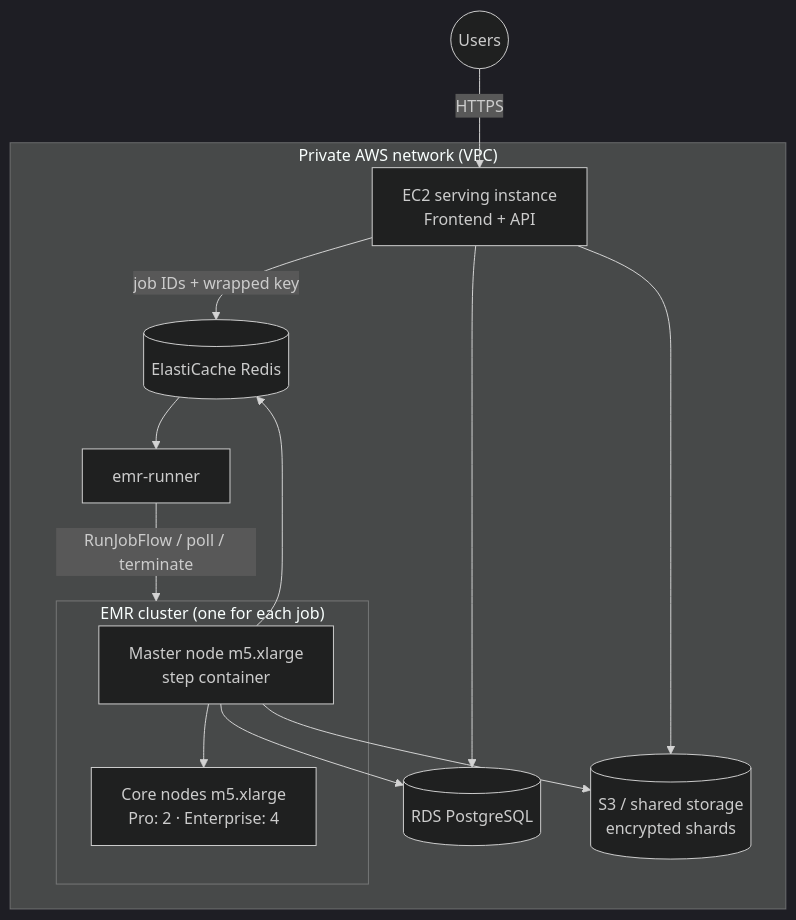
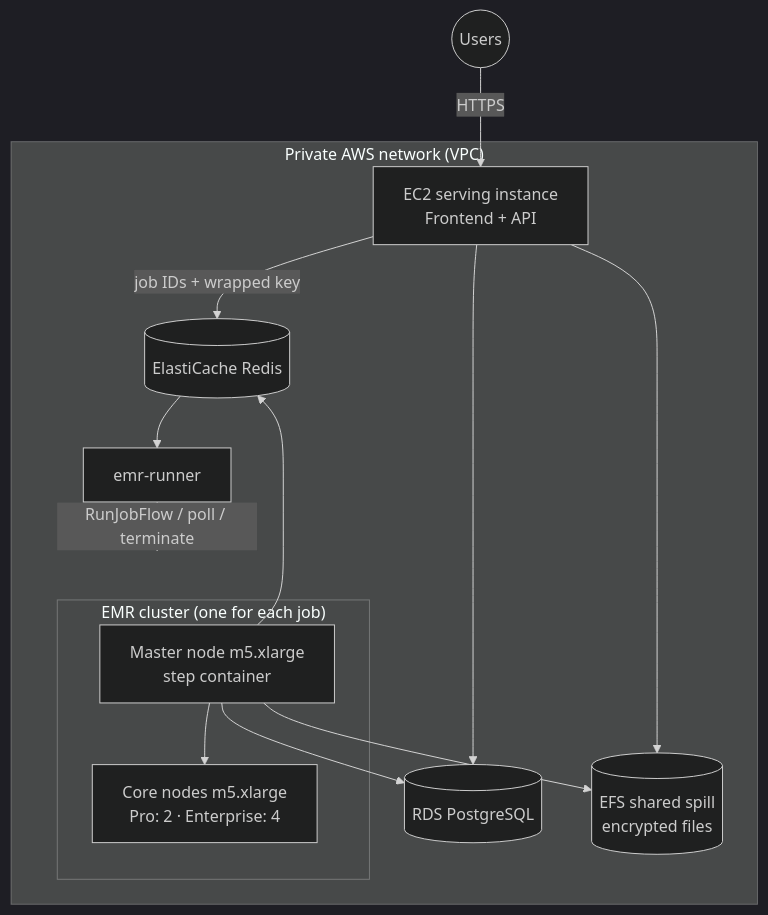
Before and after one commit to DataShield-sp18/data-shield-docs: the first of 3 diagrams in docs/cloud/aws-architecture.md, drawn with Mermaid (dark theme). The commit also changed other lines of this file and 2 other files, not shown here.

Commit message:
docs: update deployment and AWS architecture documentation to reflect changes in Terraform configuration

````diff
--- a/docs/cloud/aws-architecture.md
+++ b/docs/cloud/aws-architecture.md
@@ -21,26 +22,26 @@
 ```mermaid
 flowchart TB
     Users(("Users")) -->|HTTPS| Serving
 
     subgraph VPC["Private AWS network (VPC)"]
         Serving["EC2 serving instance<br/>Frontend + API"]
         Runner["emr-runner"]
         subgraph EMRC["EMR cluster (one for each job)"]
             Master["Master node m5.xlarge<br/>step container"]
             Core["Core nodes m5.xlarge<br/>Pro: 2 · Enterprise: 4"]
         end
         DB[("RDS PostgreSQL")]
         Cache[("ElastiCache Redis")]
-        Store[("S3 / shared storage<br/>encrypted shards")]
+        Store[("EFS shared spill<br/>encrypted files")]
     end
 
     Serving --> DB
     Serving -- "job IDs + wrapped key" --> Cache
     Serving --> Store
     Cache --> Runner
     Runner -- "RunJobFlow / poll / terminate" --> EMRC
     Master --> Core
     Master --> DB
     Master --> Cache
     Master --> Store
 ```
````
